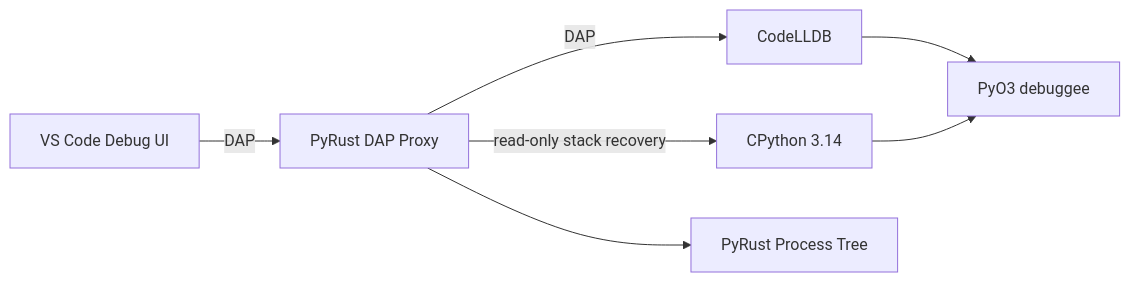
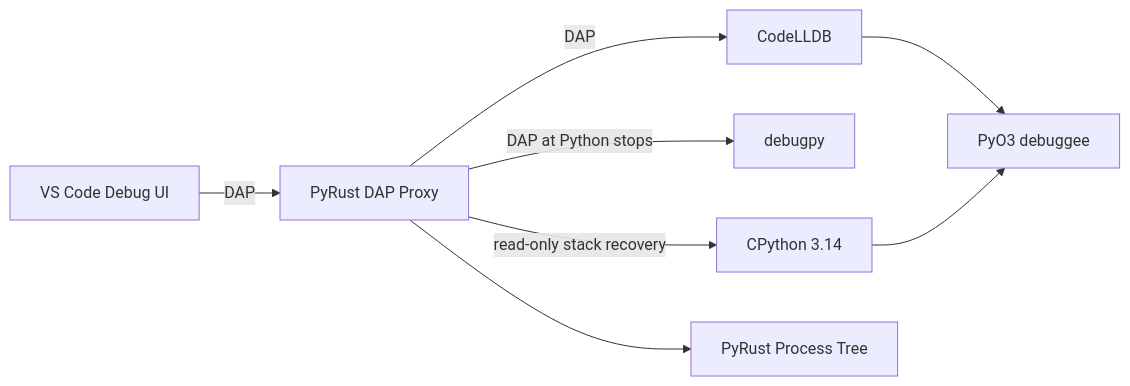
The diagram in README.md (humblemat810/pyrust-debugger), drawn with Mermaid before and after one commit. The commit also changed other lines of this file and 32 other files, not shown here.

Commit message:
feat: add debugpy-backed Python breakpoint coordination

````diff
--- a/README.md
+++ b/README.md
@@ -37,9 +37,10 @@
 ```mermaid
 flowchart LR
     vscode[VS Code Debug UI] -->|DAP| proxy[PyRust DAP Proxy]
     proxy -->|DAP| lldb[CodeLLDB]
+    proxy -->|DAP at Python stops| debugpy[debugpy]
     proxy -->|read-only stack recovery| cpython[CPython 3.14]
     lldb --> target[PyO3 debuggee]
     cpython --> target
     proxy --> tree[PyRust Process Tree]
 ```
````
